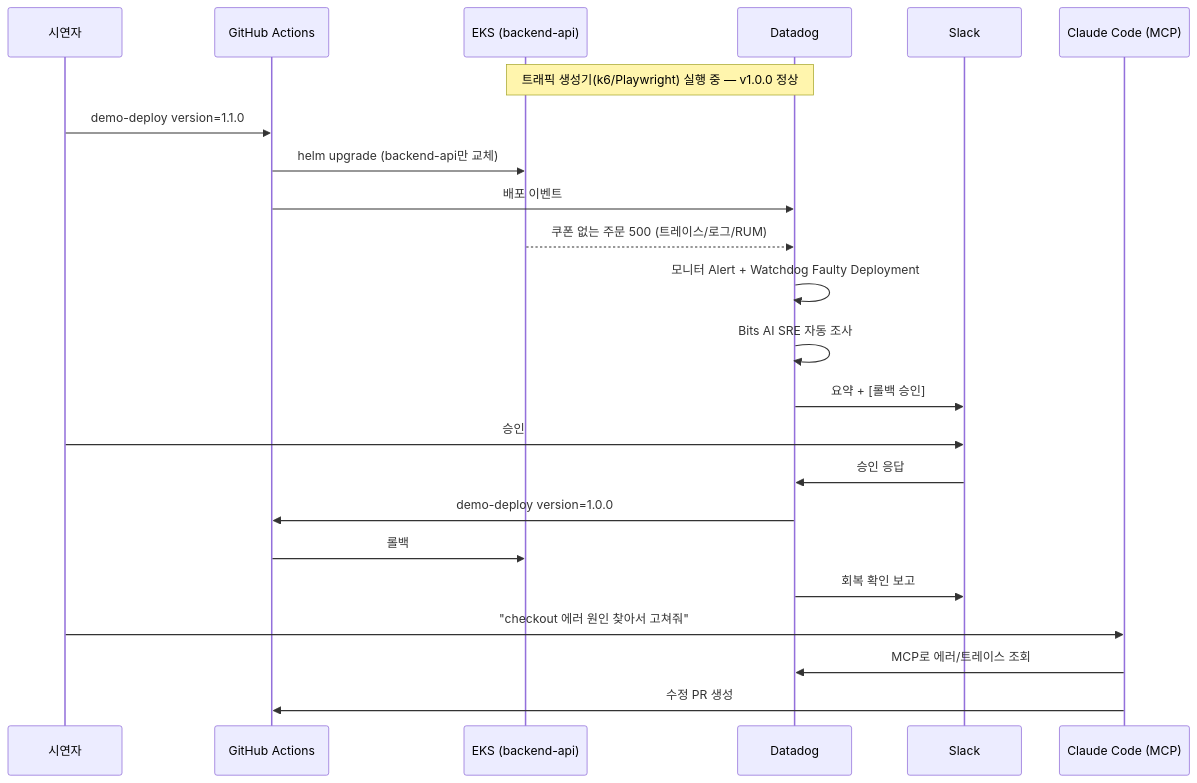
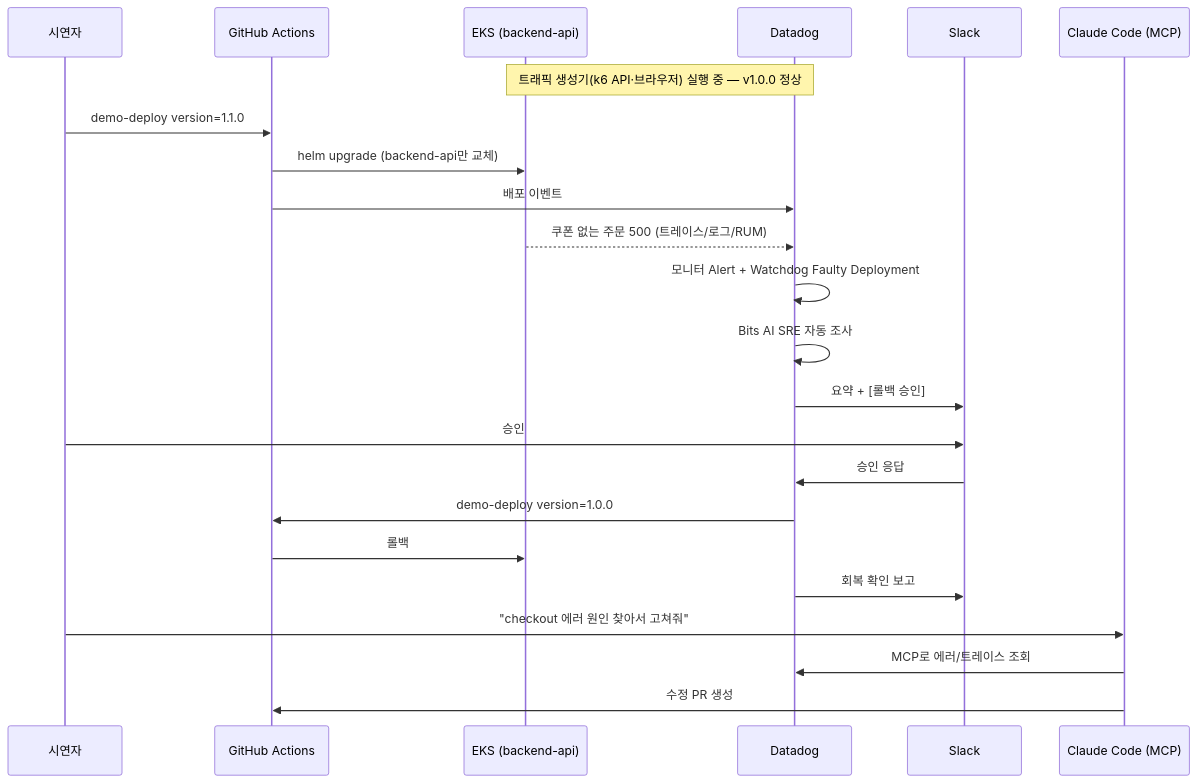
Before and after one commit to Arin-kr/ringdog: the diagram in docs/design/specs/2026-10-13-demo-bad-deploy-design.md, drawn with Mermaid. The commit also changed other lines of this file and 2 other files, not shown here.

````diff
--- a/docs/design/specs/2026-10-13-demo-bad-deploy-design.md
+++ b/docs/design/specs/2026-10-13-demo-bad-deploy-design.md
@@ -113,26 +113,26 @@
 ```mermaid
 sequenceDiagram
     participant P as 시연자
     participant GH as GitHub Actions
     participant K as EKS (backend-api)
     participant DD as Datadog
     participant S as Slack
     participant C as Claude Code (MCP)
 
-    Note over K,DD: 트래픽 생성기(k6/Playwright) 실행 중 — v1.0.0 정상
+    Note over K,DD: 트래픽 생성기(k6 API·브라우저) 실행 중 — v1.0.0 정상
     P->>GH: demo-deploy version=1.1.0
     GH->>K: helm upgrade (backend-api만 교체)
     GH->>DD: 배포 이벤트
     K-->>DD: 쿠폰 없는 주문 500 (트레이스/로그/RUM)
     DD->>DD: 모니터 Alert + Watchdog Faulty Deployment
     DD->>DD: Bits AI SRE 자동 조사
     DD->>S: 요약 + [롤백 승인]
     P->>S: 승인
     S->>DD: 승인 응답
     DD->>GH: demo-deploy version=1.0.0
     GH->>K: 롤백
     DD->>S: 회복 확인 보고
     P->>C: "checkout 에러 원인 찾아서 고쳐줘"
     C->>DD: MCP로 에러/트레이스 조회
     C->>GH: 수정 PR 생성
 ```
````
